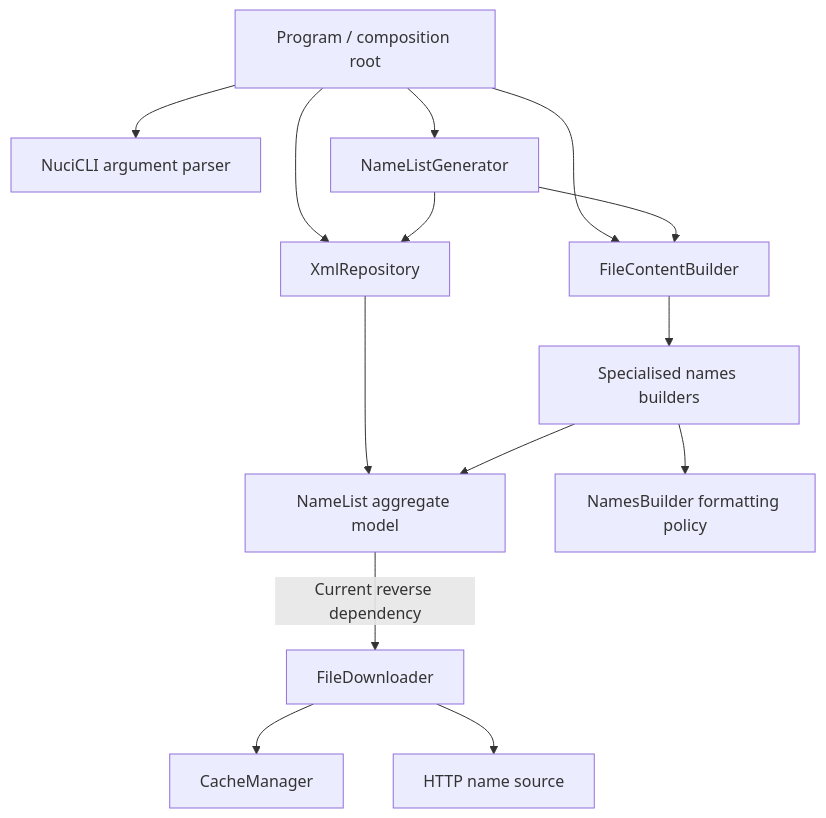
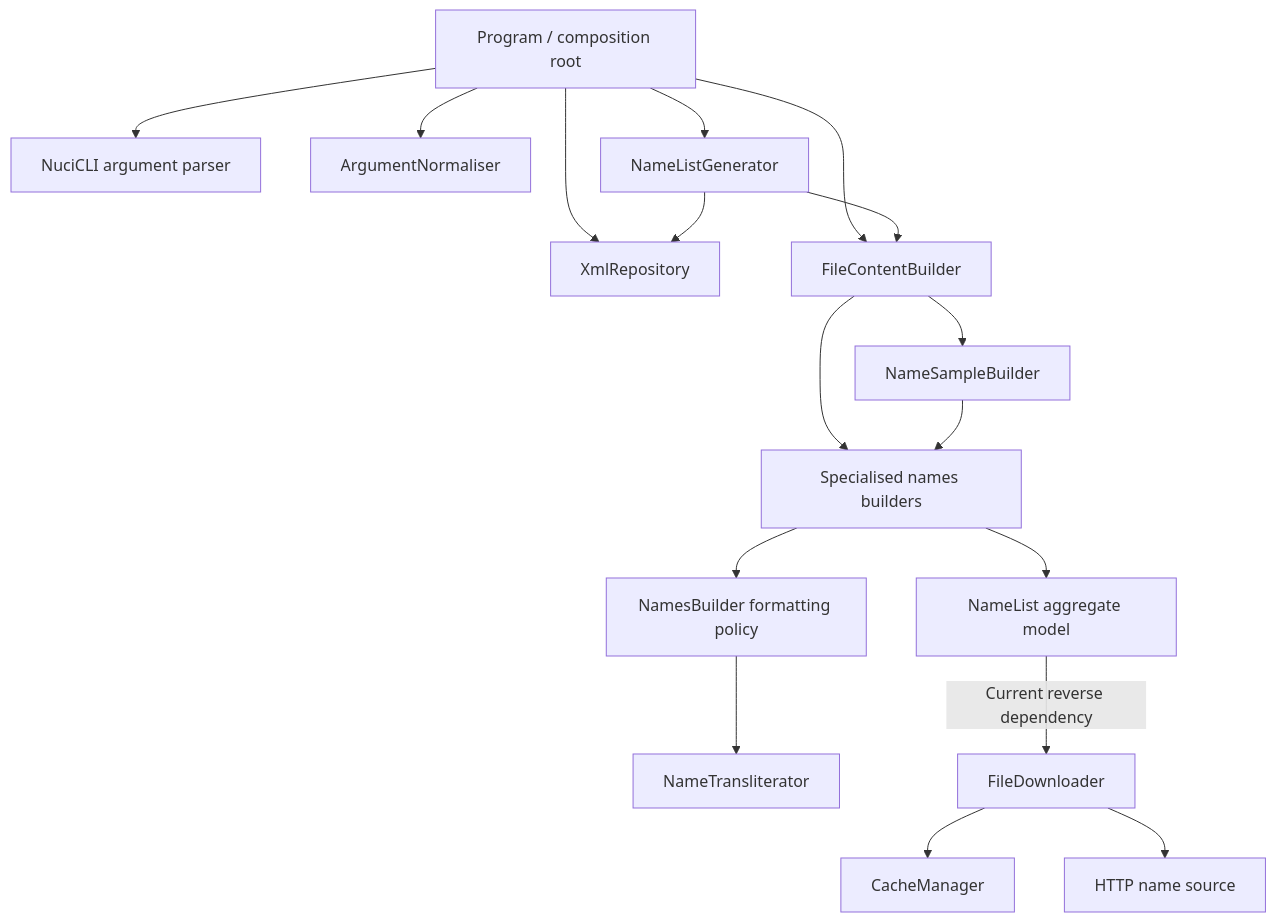
One commit to hmlendea/stellaris-name-list-generator changed the second of 5 diagrams in ARCHITECTURE.md. Above: the diagram before and after it, drawn with Mermaid. The commit also changed other lines of this file and 42 other files, not shown here.

````diff
--- a/ARCHITECTURE.md
+++ b/ARCHITECTURE.md
@@ -67,16 +67,19 @@
 ```mermaid
 flowchart TD
     program["Program / composition root"] --> parser["NuciCLI argument parser"]
+    program --> normaliser["ArgumentNormaliser"]
     program --> generator["NameListGenerator"]
     program --> repository["XmlRepository<NameList>"]
     program --> content["FileContentBuilder"]
     generator --> repository
     generator --> content
     content --> builders["Specialised names builders"]
-    repository --> models["NameList aggregate model"]
-    builders --> models
+    content --> samples["NameSampleBuilder"]
+    builders --> models["NameList aggregate model"]
     builders --> base["NamesBuilder formatting policy"]
+    base --> transliterator["NameTransliterator"]
+    samples --> builders
     models -->|Current reverse dependency| downloader["FileDownloader"]
     downloader --> cache["CacheManager"]
     downloader --> http["HTTP name source"]
 ```
````
